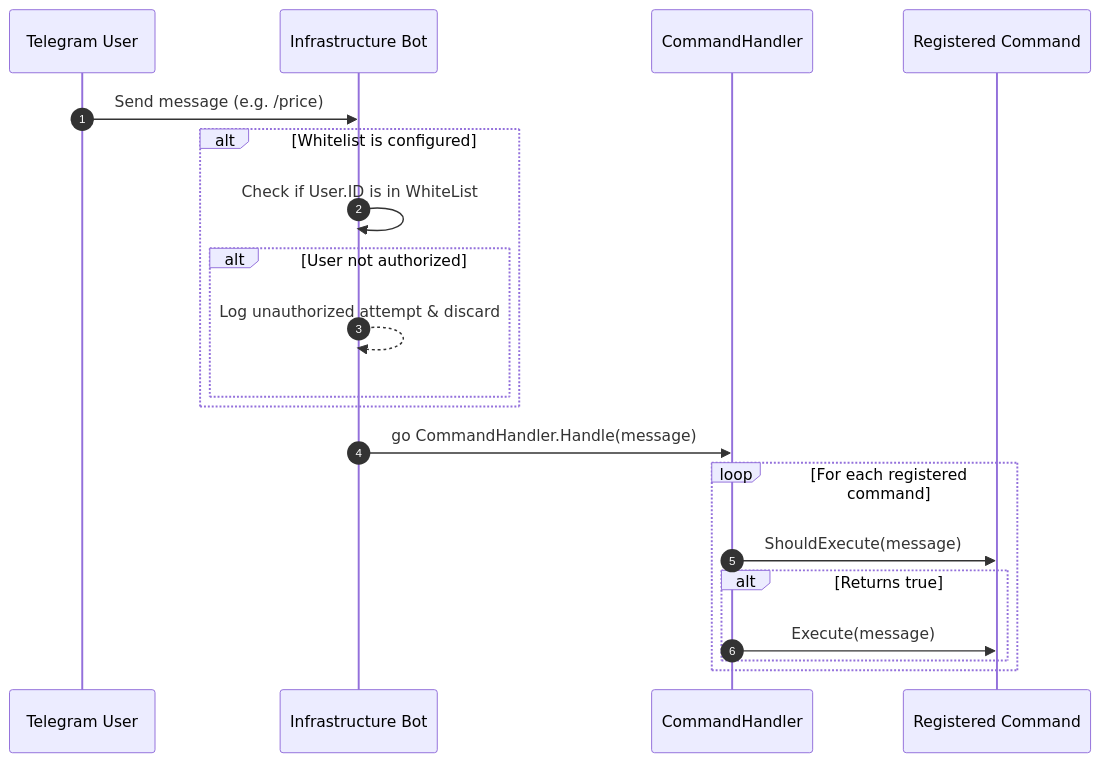
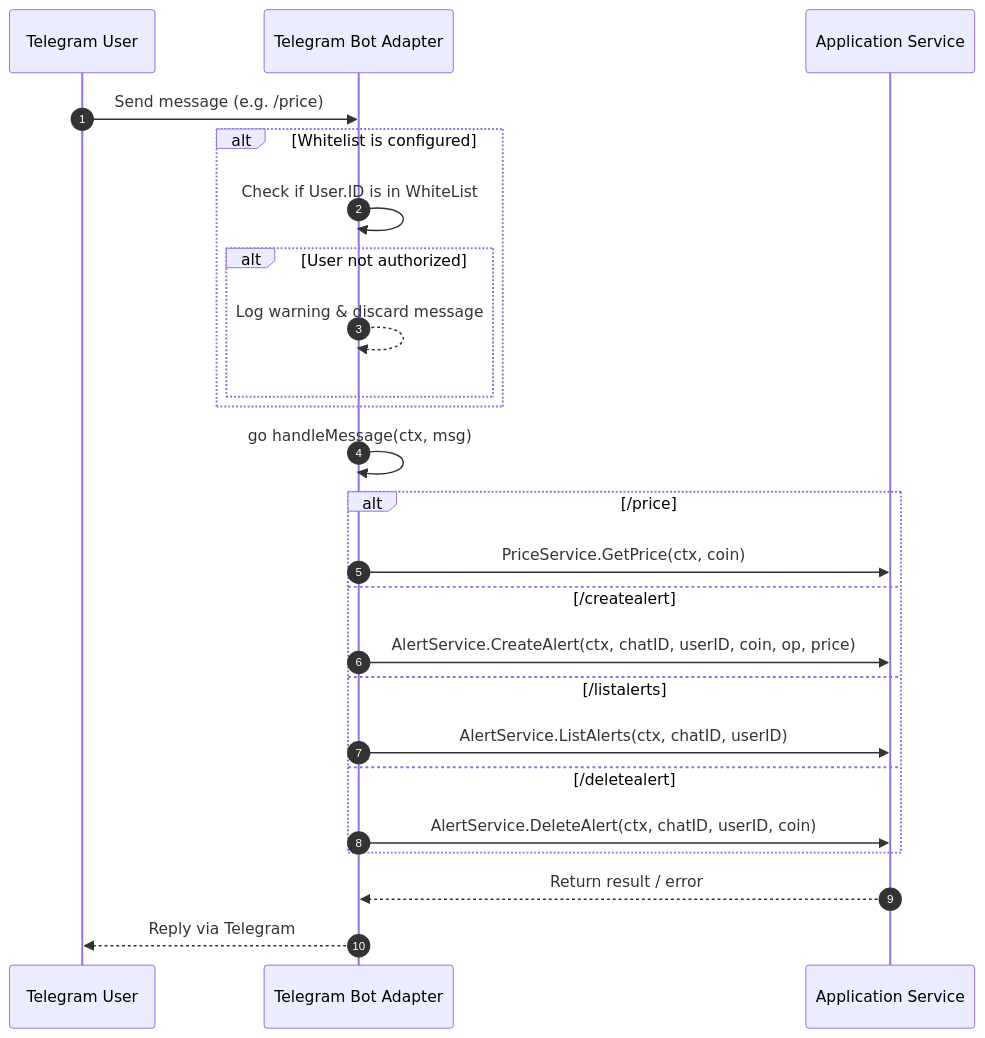
One commit to wyveriano/crypto-record-bot changed the third of 8 diagrams in README.md. Above: the diagram before and after it, drawn with Mermaid. The commit also changed other lines of this file and 23 other files, not shown here.

Commit message:
refactor: implement pure hexagonal architecture, graceful shutdown, context propagation, and structured logging

````diff
--- a/README.md
+++ b/README.md
@@ -203,23 +195,27 @@
 ```mermaid
 sequenceDiagram
     autonumber
     participant User as Telegram User
-    participant Bot as Infrastructure Bot
-    participant Handler as CommandHandler
-    participant Cmd as Registered Command
+    participant Bot as Telegram Bot Adapter
+    participant Service as Application Service
 
     User->>Bot: Send message (e.g. /price)
     alt Whitelist is configured
         Bot->>Bot: Check if User.ID is in WhiteList
         alt User not authorized
-            Bot-->>Bot: Log unauthorized attempt & discard
+            Bot-->>Bot: Log warning & discard message
         end
     end
-    Bot->>Handler: go CommandHandler.Handle(message)
-    loop For each registered command
-        Handler->>Cmd: ShouldExecute(message)
-        alt Returns true
-            Handler->>Cmd: Execute(message)
-        end
+    Bot->>Bot: go handleMessage(ctx, msg)
+    alt /price
+        Bot->>Service: PriceService.GetPrice(ctx, coin)
+    else /createalert
+        Bot->>Service: AlertService.CreateAlert(ctx, chatID, userID, coin, op, price)
+    else /listalerts
+        Bot->>Service: AlertService.ListAlerts(ctx, chatID, userID)
+    else /deletealert
+        Bot->>Service: AlertService.DeleteAlert(ctx, chatID, userID, coin)
     end
+    Service-->>Bot: Return result / error
+    Bot-->>User: Reply via Telegram
 ```
````
